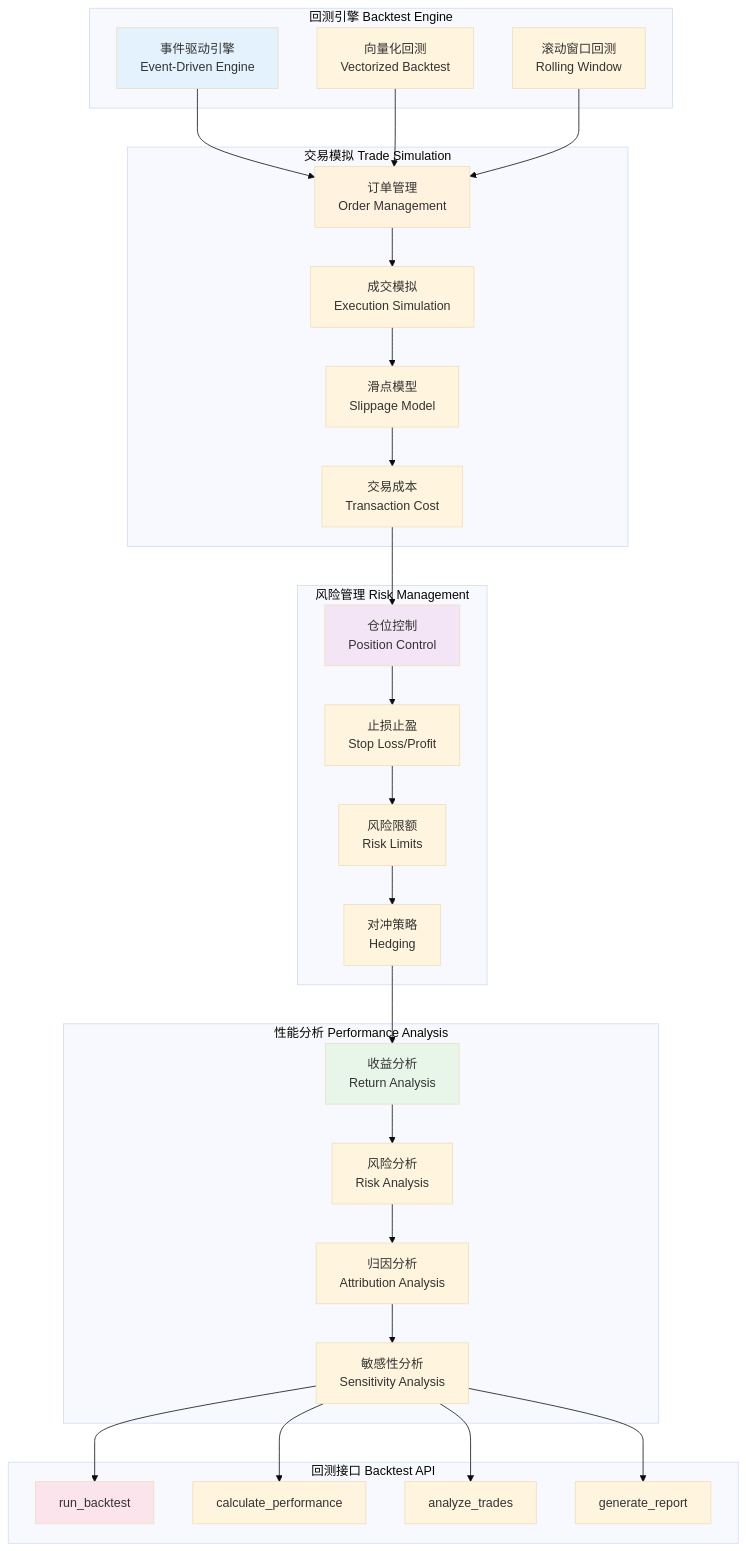
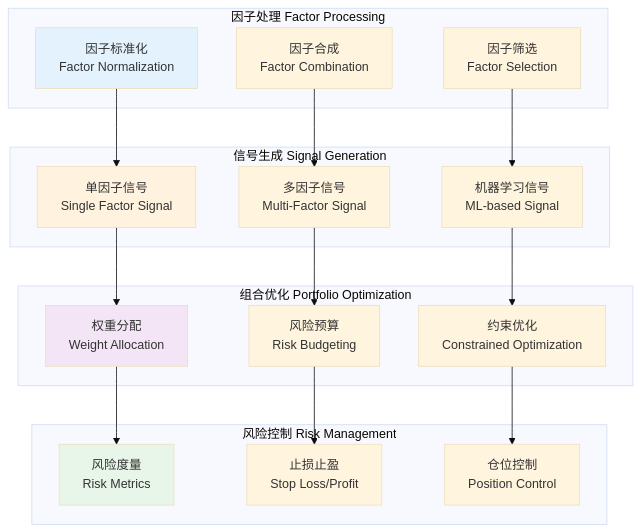
Before and after one commit to YutaoWang03/Quant---Alpha101: the sixth of 8 diagrams in docs/ARCHITECTURE.md, drawn with Mermaid (base theme). The commit also changed other lines of this file and 14 other files, not shown here.

````diff
--- a/docs/ARCHITECTURE.md
+++ b/docs/ARCHITECTURE.md
@@ -267,65 +489,43 @@
 ```mermaid
 graph TB
-    subgraph "回测引擎 Backtest Engine"
-        A1[事件驱动引擎<br/>Event-Driven Engine]
-        A2[向量化回测<br/>Vectorized Backtest]
-        A3[滚动窗口回测<br/>Rolling Window]
+    subgraph "因子处理 Factor Processing"
+        A1[因子标准化<br/>Factor Normalization]
+        A2[因子合成<br/>Factor Combination]
+        A3[因子筛选<br/>Factor Selection]
     end
     
-    subgraph "交易模拟 Trade Simulation"
-        B1[订单管理<br/>Order Management]
-        B2[成交模拟<br/>Execution Simulation]
-        B3[滑点模型<br/>Slippage Model]
-        B4[交易成本<br/>Transaction Cost]
+    subgraph "信号生成 Signal Generation"
+        B1[单因子信号<br/>Single Factor Signal]
+        B2[多因子信号<br/>Multi-Factor Signal]
+        B3[机器学习信号<br/>ML-based Signal]
     end
     
-    subgraph "风险管理 Risk Management"
-        C1[仓位控制<br/>Position Control]
-        C2[止损止盈<br/>Stop Loss/Profit]
-        C3[风险限额<br/>Risk Limits]
-        C4[对冲策略<br/>Hedging]
+    subgraph "组合优化 Portfolio Optimization"
+        C1[权重分配<br/>Weight Allocation]
+        C2[风险预算<br/>Risk Budgeting]
+        C3[约束优化<br/>Constrained Optimization]
     end
     
-    subgraph "性能分析 Performance Analysis"
-        D1[收益分析<br/>Return Analysis]
-        D2[风险分析<br/>Risk Analysis]
-        D3[归因分析<br/>Attribution Analysis]
-        D4[敏感性分析<br/>Sensitivity Analysis]
-    end
-    
-    subgraph "回测接口 Backtest API"
-        E1[run_backtest]
-        E2[calculate_performance]
-        E3[analyze_trades]
-        E4[generate_report]
+    subgraph "风险控制 Risk Management"
+        D1[风险度量<br/>Risk Metrics]
+        D2[止损止盈<br/>Stop Loss/Profit]
+        D3[仓位控制<br/>Position Control]
     end
     
     A1 --> B1
-    A2 --> B1
-    A3 --> B1
+    A2 --> B2
+    A3 --> B3
     
-    B1 --> B2
-    B2 --> B3
-    B3 --> B4
+    B1 --> C1
+    B2 --> C2
+    B3 --> C3
     
-    B4 --> C1
-    C1 --> C2
-    C2 --> C3
-    C3 --> C4
-    
-    C4 --> D1
-    D1 --> D2
-    D2 --> D3
-    D3 --> D4
-    
-    D4 --> E1
-    D4 --> E2
-    D4 --> E3
-    D4 --> E4
+    C1 --> D1
+    C2 --> D2
+    C3 --> D3
     
     style A1 fill:#e3f2fd
     style B1 fill:#fff3e0
     style C1 fill:#f3e5f5
     style D1 fill:#e8f5e9
-    style E1 fill:#fce4ec
 ```
````
